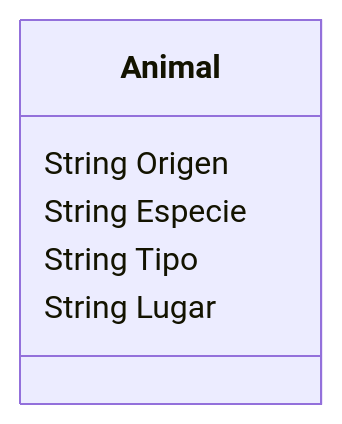
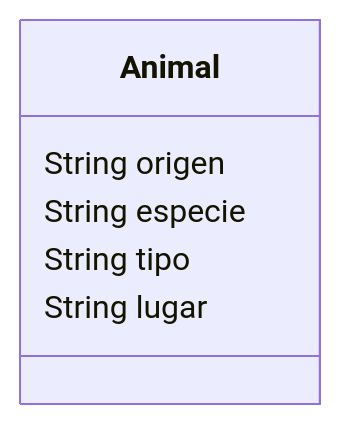
The diagram in retos_sesion_02/ejercicio_01.md (PatoAparicio/psg-oop-2025), drawn with Mermaid before and after one commit. The commit also changed other lines of this file and 6 other files, not shown here.

````diff
--- a/retos_sesion_02/ejercicio_01.md
+++ b/retos_sesion_02/ejercicio_01.md
@@ -27,9 +40,9 @@
 ```mermaid
 classDiagram
     class Animal {
-        String Origen
-        String Especie
-        String Tipo
-        String Lugar
+        String origen
+        String especie
+        String tipo
+        String lugar
     }
 ```
````
